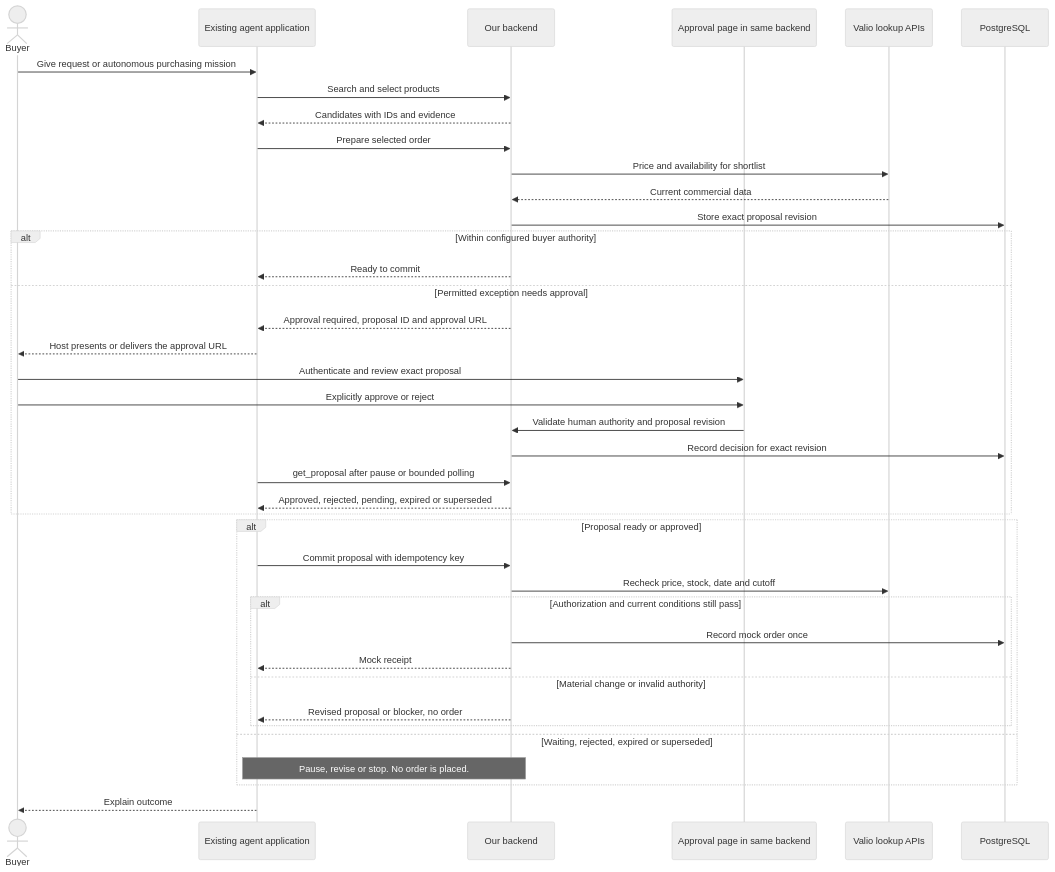
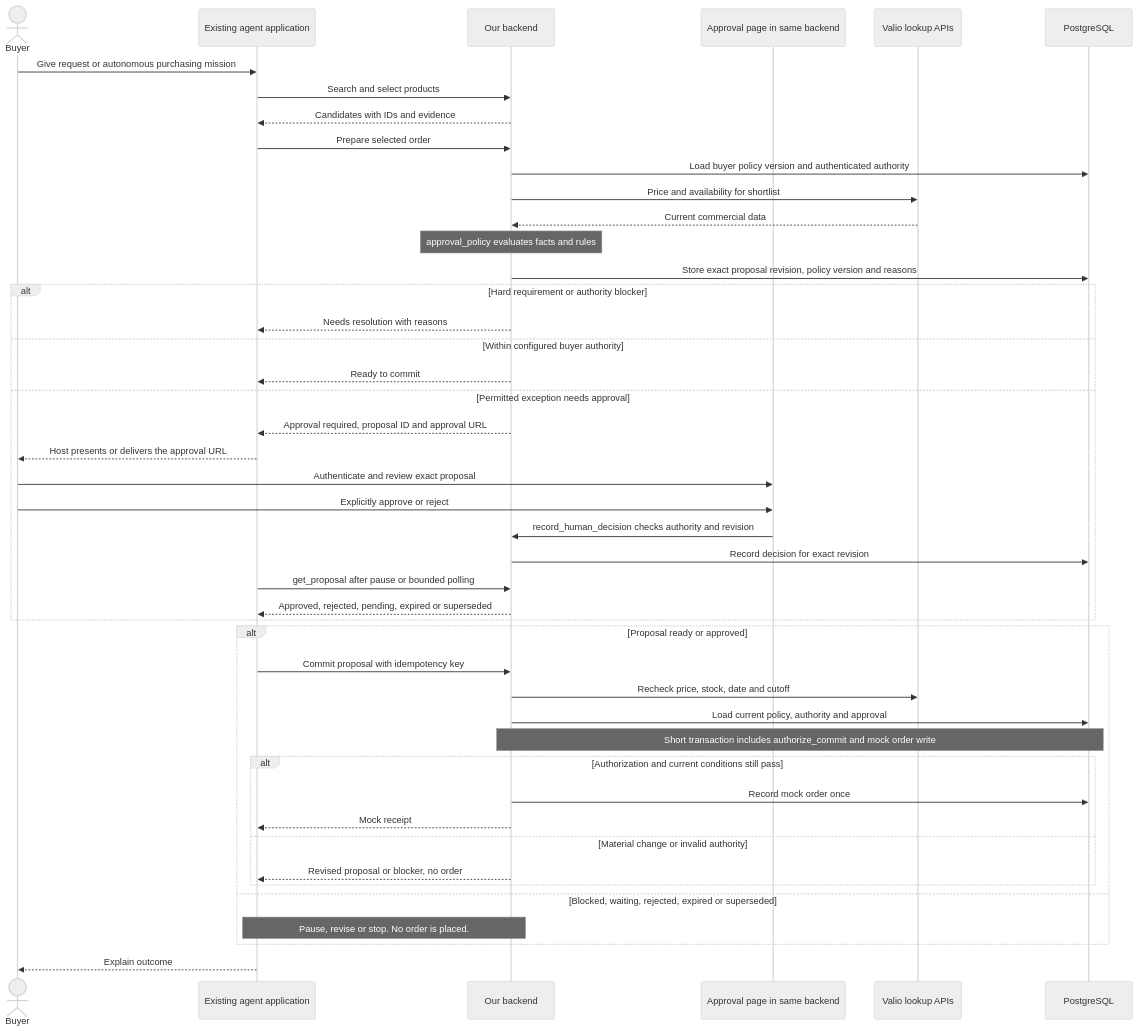
One commit to Junction-Best-Team/Main-Application changed the second of 3 diagrams in docs/brief.md. Above: the diagram before and after it, drawn with Mermaid (neutral theme). The commit also changed other lines of this file and 3 other files, not shown here.

Commit message:
docs: define customer rules and backend approval gate

````diff
--- a/docs/brief.md
+++ b/docs/brief.md
@@ -220,41 +270,47 @@
 ```mermaid
 sequenceDiagram
     actor Buyer
     participant Agent as Existing agent application
     participant API as Our backend
     participant Page as Approval page in same backend
     participant Valio as Valio lookup APIs
     participant DB as PostgreSQL
     Buyer->>Agent: Give request or autonomous purchasing mission
     Agent->>API: Search and select products
     API-->>Agent: Candidates with IDs and evidence
     Agent->>API: Prepare selected order
+    API->>DB: Load buyer policy version and authenticated authority
     API->>Valio: Price and availability for shortlist
     Valio-->>API: Current commercial data
-    API->>DB: Store exact proposal revision
-    alt Within configured buyer authority
+    Note over API: approval_policy evaluates facts and rules
+    API->>DB: Store exact proposal revision, policy version and reasons
+    alt Hard requirement or authority blocker
+        API-->>Agent: Needs resolution with reasons
+    else Within configured buyer authority
         API-->>Agent: Ready to commit
     else Permitted exception needs approval
         API-->>Agent: Approval required, proposal ID and approval URL
         Agent-->>Buyer: Host presents or delivers the approval URL
         Buyer->>Page: Authenticate and review exact proposal
         Buyer->>Page: Explicitly approve or reject
-        Page->>API: Validate human authority and proposal revision
+        Page->>API: record_human_decision checks authority and revision
         API->>DB: Record decision for exact revision
         Agent->>API: get_proposal after pause or bounded polling
         API-->>Agent: Approved, rejected, pending, expired or superseded
     end
     alt Proposal ready or approved
         Agent->>API: Commit proposal with idempotency key
         API->>Valio: Recheck price, stock, date and cutoff
+        API->>DB: Load current policy, authority and approval
+        Note over API,DB: Short transaction includes authorize_commit and mock order write
         alt Authorization and current conditions still pass
             API->>DB: Record mock order once
             API-->>Agent: Mock receipt
         else Material change or invalid authority
             API-->>Agent: Revised proposal or blocker, no order
         end
-    else Waiting, rejected, expired or superseded
+    else Blocked, waiting, rejected, expired or superseded
         Note over Agent,API: Pause, revise or stop. No order is placed.
     end
     Agent-->>Buyer: Explain outcome
 ```
````
